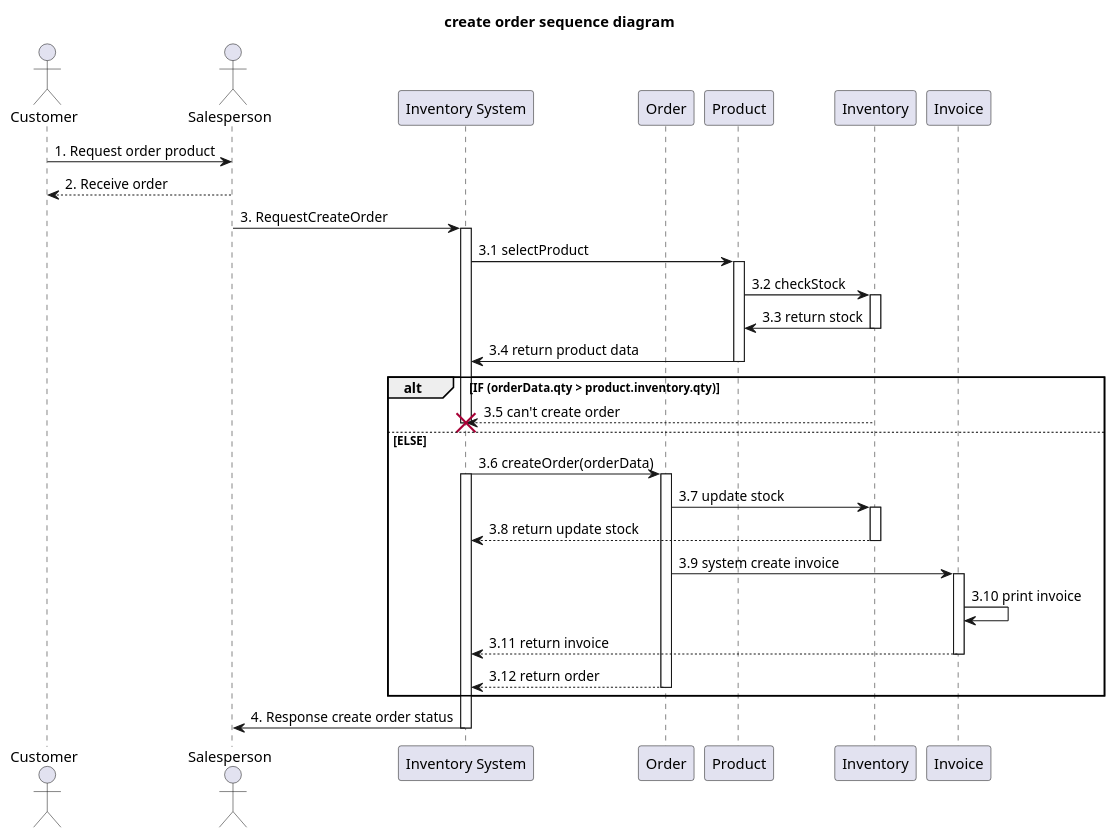
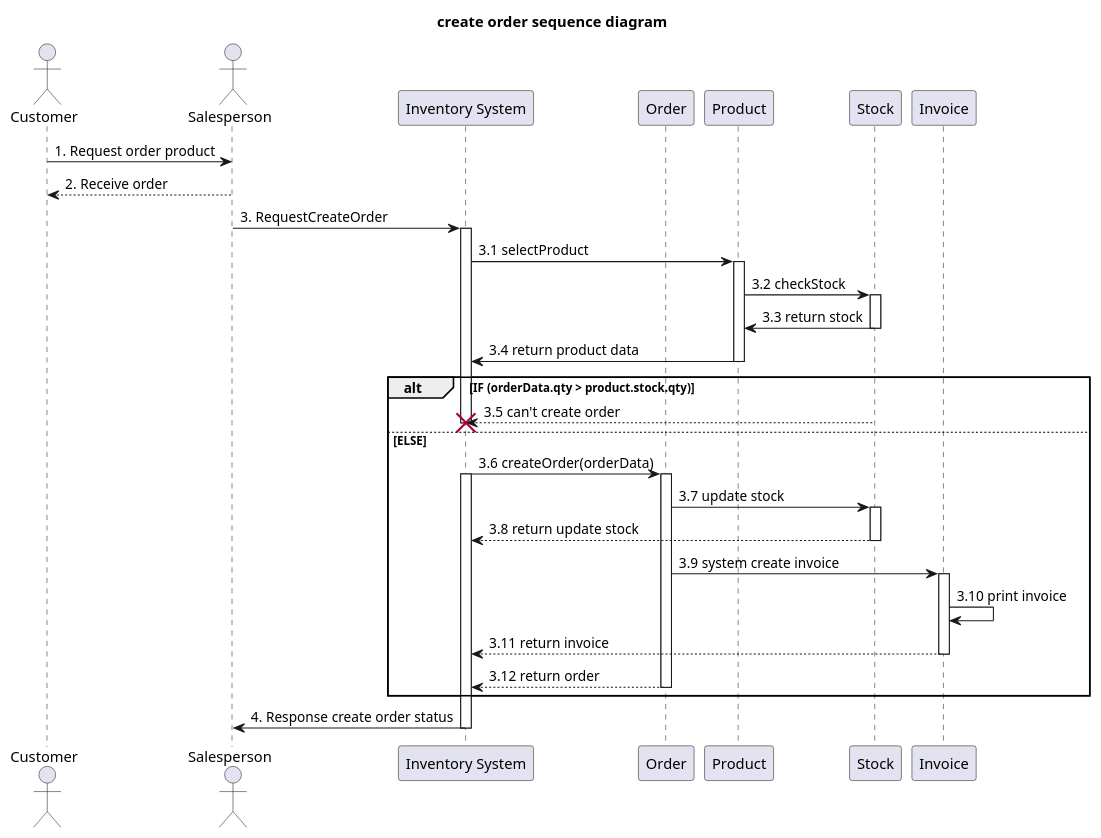
One commit to billowdev/inventory-system-plantuml-sequelize-seeder-example changed the diagram in system-analysis/sequence/_4_2_sequence-create-order.puml. Above: the diagram before and after it, drawn with PlantUML. The commit also changed 24 other files, not shown here.

Commit message:
refactor usecase and sequence

```diff
--- a/system-analysis/sequence/_4_2_sequence-create-order.puml
+++ b/system-analysis/sequence/_4_2_sequence-create-order.puml
@@ -1,74 +1,73 @@
 @startuml
 'example
 title create order sequence diagram
 
 actor Customer as actorCustomer
 
 actor Salesperson as actorSalesperson
 participant "Inventory System" as InventorySystem
 participant "Order" as classOrder
 participant "Product" as classProduct
-participant "Inventory" as classInventory
+participant "Stock" as classStock
 participant "Invoice" as classInvoice
 
 
 actorCustomer -> actorSalesperson : 1. Request order product
 
 actorSalesperson --> actorCustomer : 2. Receive order
 
 actorSalesperson -> InventorySystem: 3. RequestCreateOrder
 activate InventorySystem
 
-'-------------- START create order ---------------
 InventorySystem -> classProduct: 3.1 selectProduct
 activate classProduct
 
-classProduct -> classInventory: 3.2 checkStock
-activate classInventory
+classProduct -> classStock: 3.2 checkStock
+activate classStock
 
-classInventory -> classProduct: 3.3 return stock
-deactivate classInventory
+classStock -> classProduct: 3.3 return stock
+deactivate classStock
 
 classProduct -> InventorySystem: 3.4 return product data
 deactivate classProduct
 
-alt IF (orderData.qty > product.inventory.qty)
-classInventory --> InventorySystem : 3.5 can't create order
+alt IF (orderData.qty > product.stock.qty)
+classStock --> InventorySystem : 3.5 can't create order
 'deactivate InventorySystem
  destroy InventorySystem
 
 else ELSE
 
 InventorySystem -> classOrder: 3.6 createOrder(orderData)
 activate classOrder
 activate InventorySystem
 
-classOrder -> classInventory: 3.7 update stock
-activate classInventory
+classOrder -> classStock: 3.7 update stock
+activate classStock
 
-classInventory --> InventorySystem : 3.8 return update stock
-deactivate classInventory
+classStock --> InventorySystem : 3.8 return update stock
+deactivate classStock
 
 
 classOrder -> classInvoice : 3.9 system create invoice
 activate classInvoice
 classInvoice -> classInvoice : 3.10 print invoice
 classInvoice --> InventorySystem: 3.11 return invoice
 
 
 
 
 deactivate classInvoice
 classOrder --> InventorySystem: 3.12 return order
 deactivate classOrder
 
 end
 
 
 InventorySystem -> actorSalesperson: 4. Response create order status
 deactivate InventorySystem
 
 
 
 
 @enduml
```
